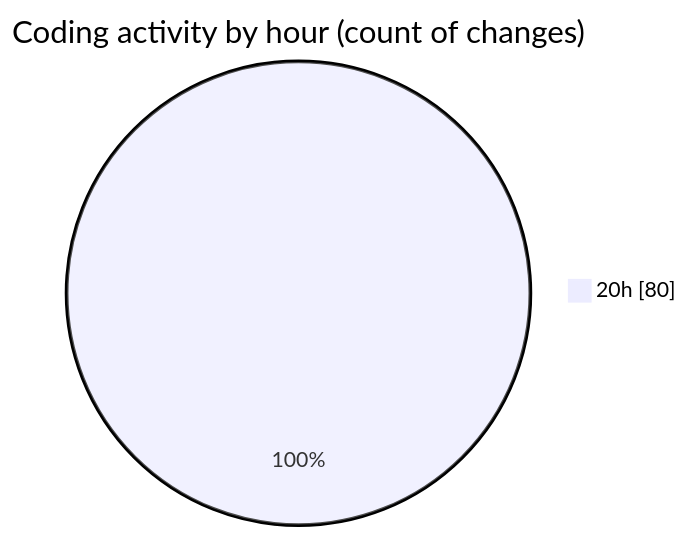
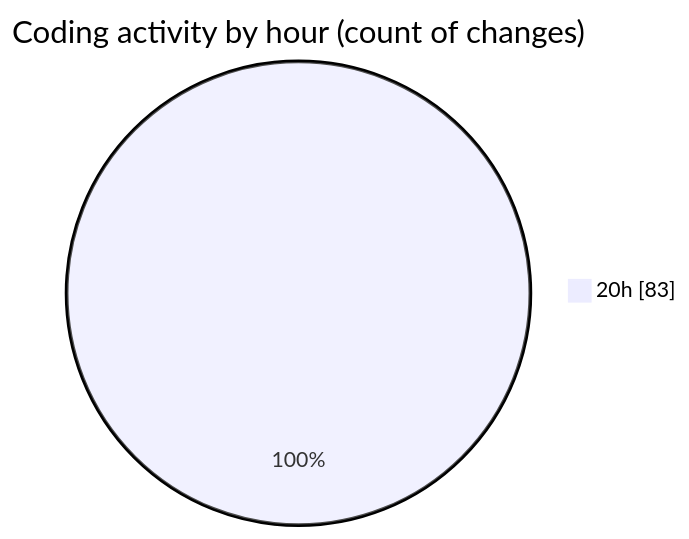
Before and after one commit to Ritupan-Deka/code-tracking: the second of 2 diagrams in 2025-07-26/javascript/README.md, drawn with Mermaid. The commit also changed other lines of this file and 1 other file, not shown here.

````diff
--- a/2025-07-26/javascript/README.md
+++ b/2025-07-26/javascript/README.md
@@ -28,5 +28,5 @@
 ```mermaid
 pie showData
 title Coding activity by hour (count of changes)
-"20h" : 80
+"20h" : 83
 ```
````
